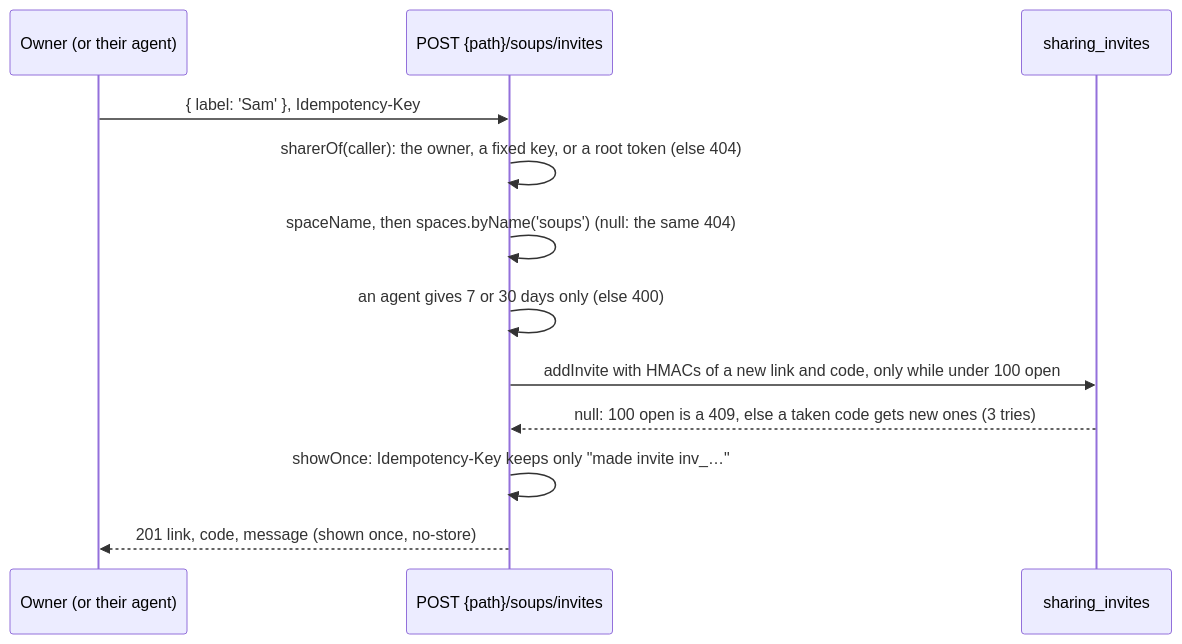
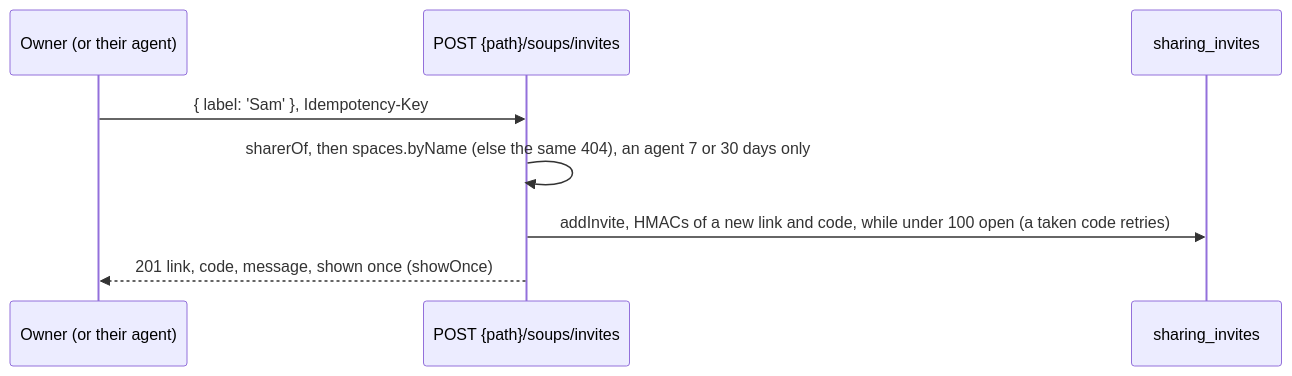
The first of 5 diagrams in src/sharing/README.md (escalay/api-kit), drawn with Mermaid before and after one commit. The commit also changed other lines of this file and 11 other files, not shown here.

First line of the commit message:
feat(sharing): sign in with an invite's code

````diff
--- a/src/sharing/README.md
+++ b/src/sharing/README.md
@@ -120,14 +116,10 @@
 ```mermaid
 sequenceDiagram
   participant O as Owner (or their agent)
   participant R as POST {path}/soups/invites
   participant D as sharing_invites
   O->>R: { label: 'Sam' }, Idempotency-Key
-  R->>R: sharerOf(caller): the owner, a fixed key, or a root token (else 404)
-  R->>R: spaceName, then spaces.byName('soups') (null: the same 404)
-  R->>R: an agent gives 7 or 30 days only (else 400)
-  R->>D: addInvite with HMACs of a new link and code, only while under 100 open
-  D-->>R: null: 100 open is a 409, else a taken code gets new ones (3 tries)
-  R->>R: showOnce: Idempotency-Key keeps only "made invite inv_…"
-  R-->>O: 201 link, code, message (shown once, no-store)
+  R->>R: sharerOf, then spaces.byName (else the same 404), an agent 7 or 30 days only
+  R->>D: addInvite, HMACs of a new link and code, while under 100 open (a taken code retries)
+  R-->>O: 201 link, code, message, shown once (showOnce)
 ```
````
